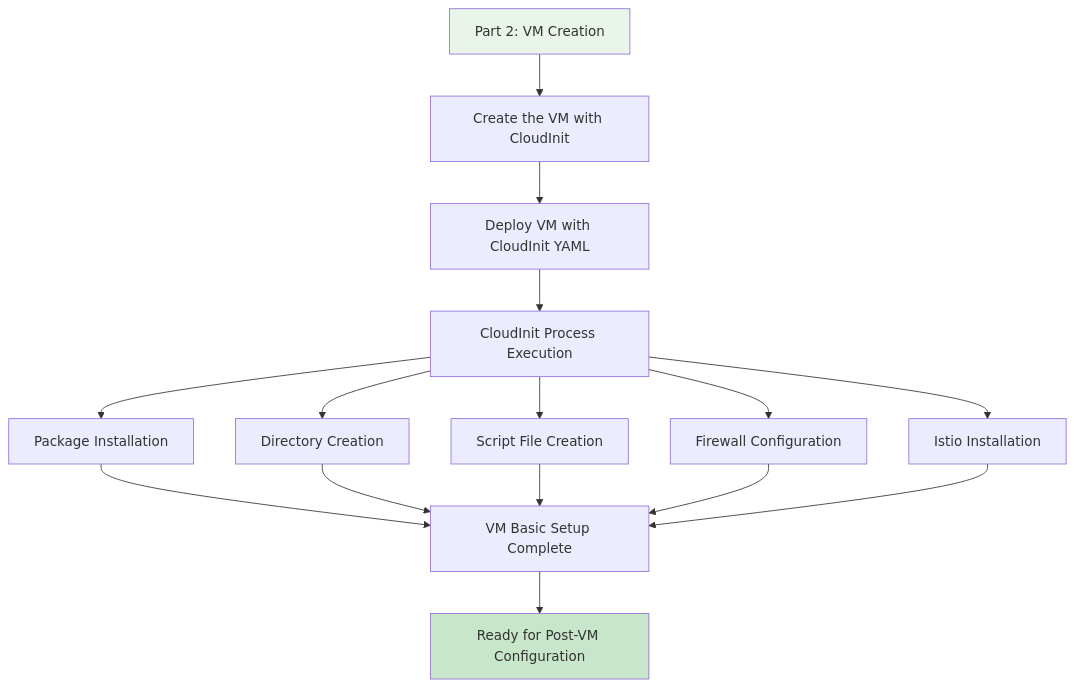
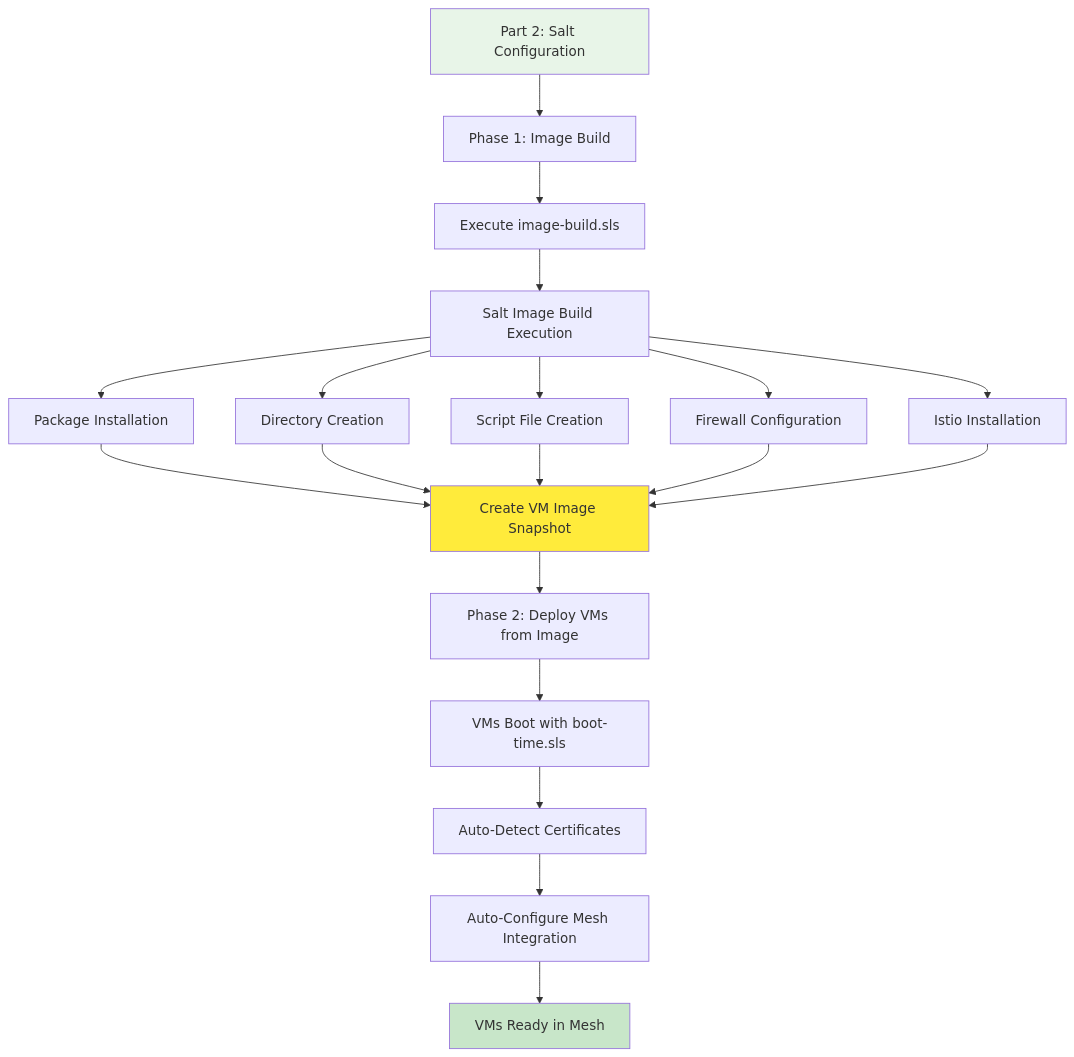
The third of 9 diagrams in docs/VM-Mesh-Integration-Flow-Diagram.md (johandry/IstioAzureSetup), drawn with Mermaid before and after one commit. The commit also changed other lines of this file and 11 other files, not shown here.

Commit message:
Migrate from Cloud Init to SaltStack

````diff
--- a/docs/VM-Mesh-Integration-Flow-Diagram.md
+++ b/docs/VM-Mesh-Integration-Flow-Diagram.md
@@ -69,23 +69,28 @@
 ```mermaid
 flowchart TD
-    A2[Part 2: VM Creation] --> B2[Create the VM with CloudInit]
-    B2 --> C2[Deploy VM with CloudInit YAML]
+    A2[Part 2: Salt Configuration] --> B2[Phase 1: Image Build]
+    B2 --> C2[Execute image-build.sls]
 
-    C2 --> E2[CloudInit Process Execution]
+    C2 --> E2[Salt Image Build Execution]
     E2 --> E2a[Package Installation]
     E2 --> E2b[Directory Creation]
     E2 --> E2c[Script File Creation]
     E2 --> E2d[Firewall Configuration]
     E2 --> E2e[Istio Installation]
     
-    E2a --> F2[VM Basic Setup Complete]
+    E2a --> F2[Create VM Image Snapshot]
     E2b --> F2
     E2c --> F2
     E2d --> F2
     E2e --> F2
     
-    F2 --> G2[Ready for Post-VM Configuration]
+    F2 --> G2[Phase 2: Deploy VMs from Image]
+    G2 --> H2[VMs Boot with boot-time.sls]
+    H2 --> I2[Auto-Detect Certificates]
+    I2 --> J2[Auto-Configure Mesh Integration]
+    J2 --> K2[VMs Ready in Mesh]
     
     style A2 fill:#e8f5e8
-    style G2 fill:#c8e6c9
+    style F2 fill:#ffeb3b
+    style K2 fill:#c8e6c9
 ```
````
